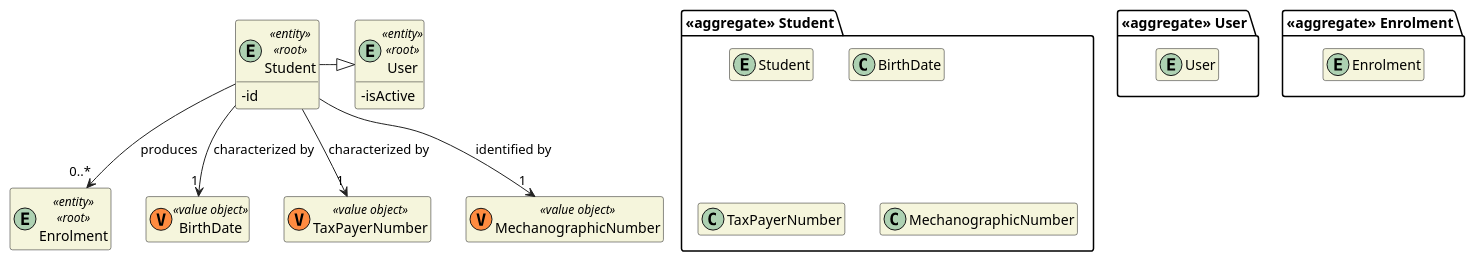
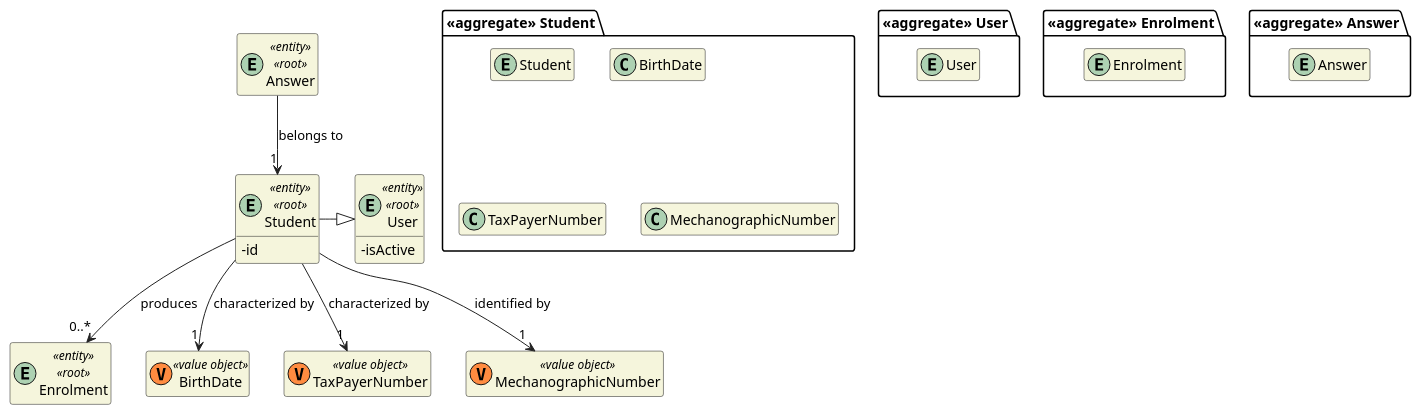
One commit to miseEnPlace-dev/lapr4 changed the diagram in docs/dm/DM_Student.puml. Above: the diagram before and after it, drawn with PlantUML.

Commit message:
docs(dm): added answer to student

```diff
--- a/docs/dm/DM_Student.puml
+++ b/docs/dm/DM_Student.puml
@@ -1,49 +1,58 @@
 @startuml DM-STUDENT
 'https://plantuml.com/class-diagram
 
 skinparam classAttributeIconSize 0
 hide empty attributes
 hide empty methods
 skinparam classBackgroundColor beige
 skinparam ArrowColor #222222
 
 package "<<aggregate>> User" {
     entity User
 }
 
 entity User <<entity>> <<root>> {
   - isActive
 }
 
 package "<<aggregate>> Enrolment" {
   entity Enrolment
 }
 
 entity Enrolment <<entity>> <<root>> {
+}
+
+package "<<aggregate>> Answer" {
+  entity Answer
+}
+
+entity Answer <<entity>> <<root>> {
 }
 
 package "<<aggregate>> Student" {
   entity Student
 
   class BirthDate
   class TaxPayerNumber
   class MechanographicNumber
 }
 
 entity Student <<entity>> <<root>> {
   - id
 }
 
 class BirthDate <<(V,#FF8B40) value object>> {}
 class TaxPayerNumber <<(V,#FF8B40) value object>> {}
 class MechanographicNumber <<(V,#FF8B40) value object>> {}
 
 Student --> "1" BirthDate : characterized by
 Student --> "1" TaxPayerNumber : characterized by
 Student --> "1" MechanographicNumber : identified by
 
 Student -|> User
 
 Student --> "0..*" Enrolment : produces
 
+Answer --> "1" Student : belongs to
+
 @enduml
```
